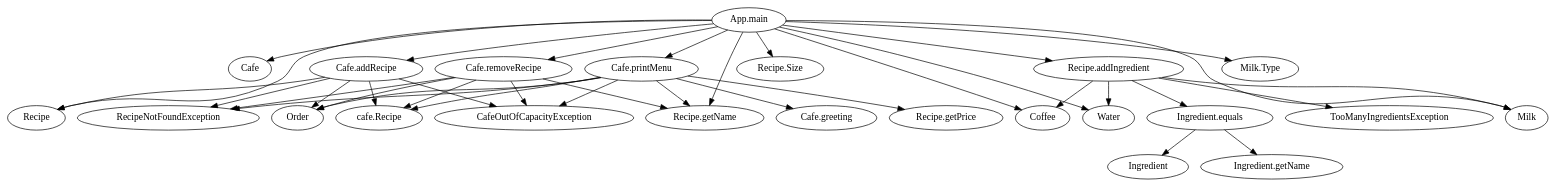
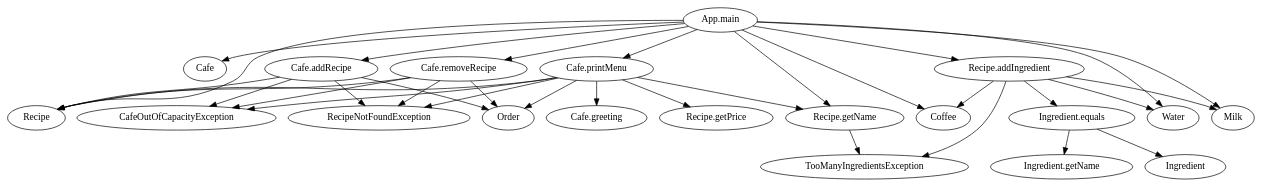
Before and after one commit to ruizhengu/CausalGrading: the diagram in Cafe.dot, drawn with Graphviz. The commit also changed 2 other files, not shown here.

```diff
--- a/Cafe.dot
+++ b/Cafe.dot
@@ -1,61 +1,55 @@
 digraph Cafe {
 "App.main" [label="App.main"];
 "Cafe" [label="Cafe"];
 "Recipe" [label="Recipe"];
-"Recipe.Size" [label="Recipe.Size"];
 "Coffee" [label="Coffee"];
 "Water" [label="Water"];
 "Milk" [label="Milk"];
-"Milk.Type" [label="Milk.Type"];
 "Recipe.addIngredient" [label="Recipe.addIngredient"];
 "TooManyIngredientsException" [label="TooManyIngredientsException"];
 "Ingredient.equals" [label="Ingredient.equals"];
 "Ingredient" [label="Ingredient"];
 "Ingredient.getName" [label="Ingredient.getName"];
 "Cafe.addRecipe" [label="Cafe.addRecipe"];
 "CafeOutOfCapacityException" [label="CafeOutOfCapacityException"];
 "RecipeNotFoundException" [label="RecipeNotFoundException"];
 "Order" [label="Order"];
-"cafe.Recipe" [label="cafe.Recipe"];
 "Cafe.removeRecipe" [label="Cafe.removeRecipe"];
 "Recipe.getName" [label="Recipe.getName"];
 "Cafe.printMenu" [label="Cafe.printMenu"];
 "Cafe.greeting" [label="Cafe.greeting"];
 "Recipe.getPrice" [label="Recipe.getPrice"];
 "App.main" -> "Cafe";
 "App.main" -> "Recipe";
-"App.main" -> "Recipe.Size";
 "App.main" -> "Coffee";
 "App.main" -> "Water";
 "App.main" -> "Milk";
-"App.main" -> "Milk.Type";
 "App.main" -> "Recipe.addIngredient";
 "App.main" -> "Cafe.addRecipe";
 "App.main" -> "Cafe.removeRecipe";
 "App.main" -> "Recipe.getName";
 "App.main" -> "Cafe.printMenu";
 "Recipe.addIngredient" -> "Coffee";
 "Recipe.addIngredient" -> "TooManyIngredientsException";
 "Recipe.addIngredient" -> "Ingredient.equals";
 "Recipe.addIngredient" -> "Water";
 "Recipe.addIngredient" -> "Milk";
 "Ingredient.equals" -> "Ingredient";
 "Ingredient.equals" -> "Ingredient.getName";
 "Cafe.addRecipe" -> "Recipe";
 "Cafe.addRecipe" -> "CafeOutOfCapacityException";
 "Cafe.addRecipe" -> "RecipeNotFoundException";
 "Cafe.addRecipe" -> "Order";
-"Cafe.addRecipe" -> "cafe.Recipe";
-"Cafe.removeRecipe" -> "Recipe.getName";
 "Cafe.removeRecipe" -> "CafeOutOfCapacityException";
 "Cafe.removeRecipe" -> "RecipeNotFoundException";
 "Cafe.removeRecipe" -> "Order";
-"Cafe.removeRecipe" -> "cafe.Recipe";
+"Cafe.removeRecipe" -> "Recipe";
+"Recipe.getName" -> "TooManyIngredientsException";
 "Cafe.printMenu" -> "CafeOutOfCapacityException";
 "Cafe.printMenu" -> "RecipeNotFoundException";
 "Cafe.printMenu" -> "Order";
-"Cafe.printMenu" -> "cafe.Recipe";
+"Cafe.printMenu" -> "Recipe";
 "Cafe.printMenu" -> "Cafe.greeting";
 "Cafe.printMenu" -> "Recipe.getName";
 "Cafe.printMenu" -> "Recipe.getPrice";
 }
```
